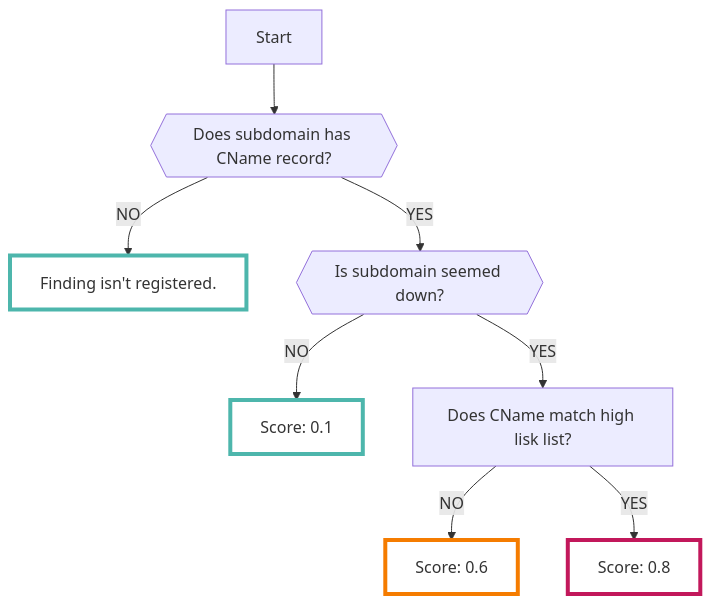
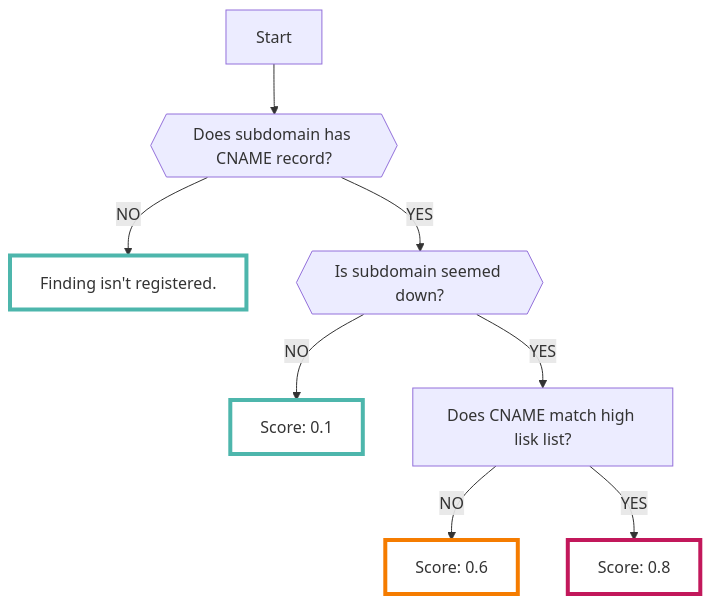
The second of 2 diagrams in docs/osint/domain_concept.md (ca-risken/doc), drawn with Mermaid before and after one commit. The commit also changed other lines of this file and 2 other files, not shown here.

````diff
--- a/docs/osint/domain_concept.md
+++ b/docs/osint/domain_concept.md
@@ -49,13 +49,13 @@
 ```mermaid
 graph TD
-    A[Start] --> B{{Does subdomain has CName record?}};
+    A[Start] --> B{{Does subdomain has CNAME record?}};
     B -->|NO| C[Finding isn't registered.]:::low;
     B -->|YES| D{{Is subdomain seemed down?}};
     D -->|NO| E[Score: 0.1]:::low;
-    D -->|YES| F[Does CName match high lisk list?];
+    D -->|YES| F[Does CNAME match high lisk list?];
     F -->|NO| G[Score: 0.6]:::mid;
     F -->|YES| H[Score: 0.8]:::high;
     classDef high fill:#FFFFFF,stroke:#C2185B,stroke-width:4px;
     classDef mid fill:#FFFFFF,stroke:#F57C00,stroke-width:4px;
     classDef low fill:#FFFFFF,stroke:#4DB6AC,stroke-width:4px;
 ```
````
